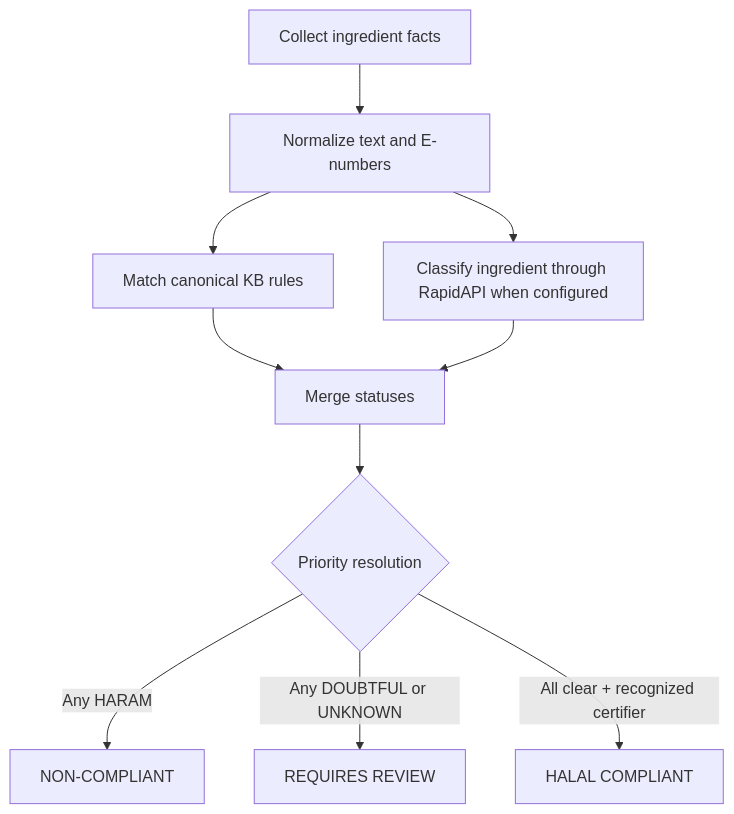
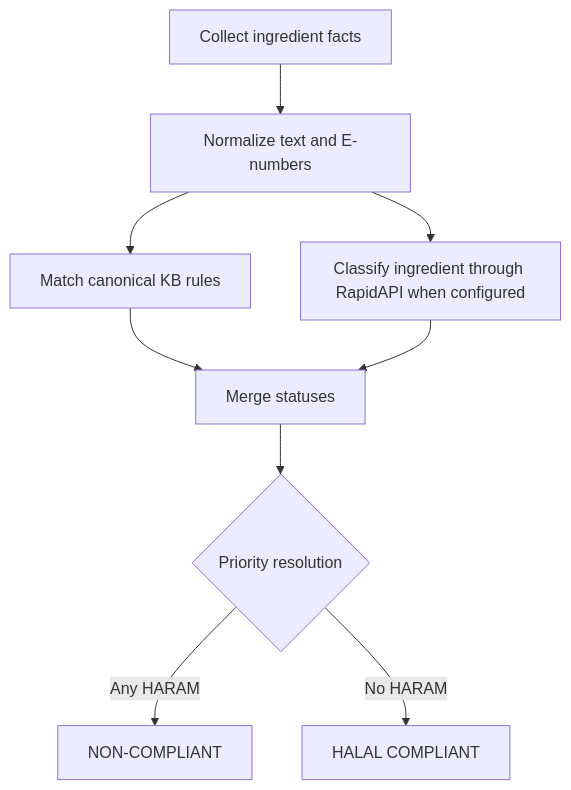
The second of 2 diagrams in docs/Technical_Report.md (Gabbu69/HalalScan), drawn with Mermaid before and after one commit. The commit also changed other lines of this file and 30 other files, not shown here.

Commit message:
polish binary verdict demo flow

````diff
--- a/docs/Technical_Report.md
+++ b/docs/Technical_Report.md
@@ -28,12 +28,11 @@
 ```mermaid
 flowchart TD
   A[Collect ingredient facts] --> B[Normalize text and E-numbers]
   B --> C[Match canonical KB rules]
   B --> D[Classify ingredient through RapidAPI when configured]
   C --> E[Merge statuses]
   D --> E
   E --> F{Priority resolution}
   F -->|Any HARAM| NC[NON-COMPLIANT]
-  F -->|Any DOUBTFUL or UNKNOWN| RR[REQUIRES REVIEW]
-  F -->|All clear + recognized certifier| HC[HALAL COMPLIANT]
+  F -->|No HARAM| HC[HALAL COMPLIANT]
 ```
````
